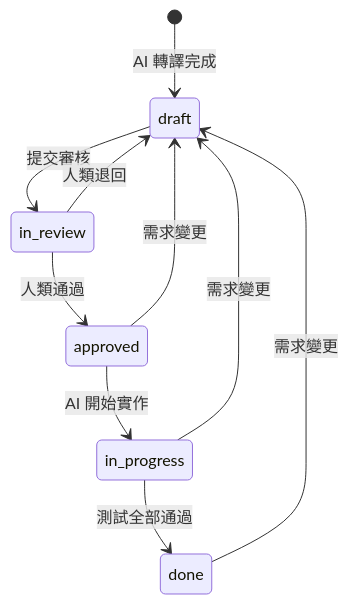
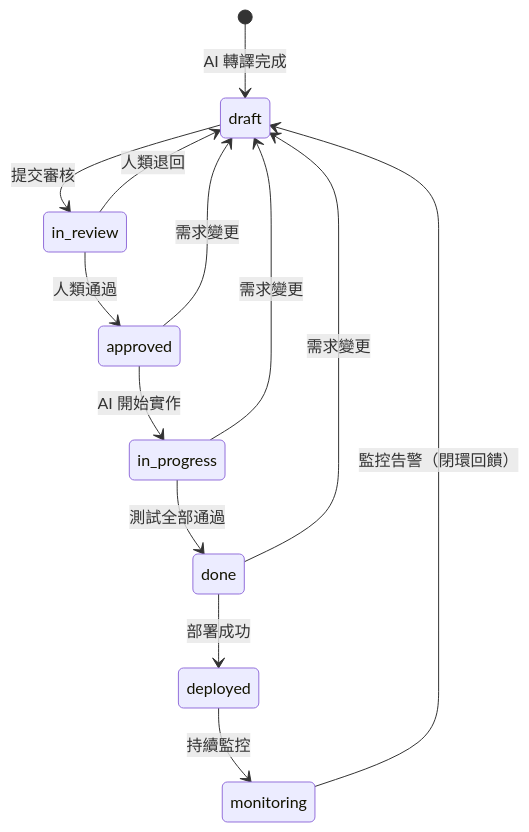
The second of 3 diagrams in docs/workflow.md (adamou0408/req), drawn with Mermaid before and after one commit. The commit also changed other lines of this file and 21 other files, not shown here.

````diff
--- a/docs/workflow.md
+++ b/docs/workflow.md
@@ -77,12 +104,15 @@
 ```mermaid
 stateDiagram-v2
     [*] --> draft: AI 轉譯完成
     draft --> in_review: 提交審核
     in_review --> approved: 人類通過
     in_review --> draft: 人類退回
     approved --> in_progress: AI 開始實作
     in_progress --> done: 測試全部通過
+    done --> deployed: 部署成功
+    deployed --> monitoring: 持續監控
+    monitoring --> draft: 監控告警（閉環回饋）
     done --> draft: 需求變更
     approved --> draft: 需求變更
     in_progress --> draft: 需求變更
 ```
````
